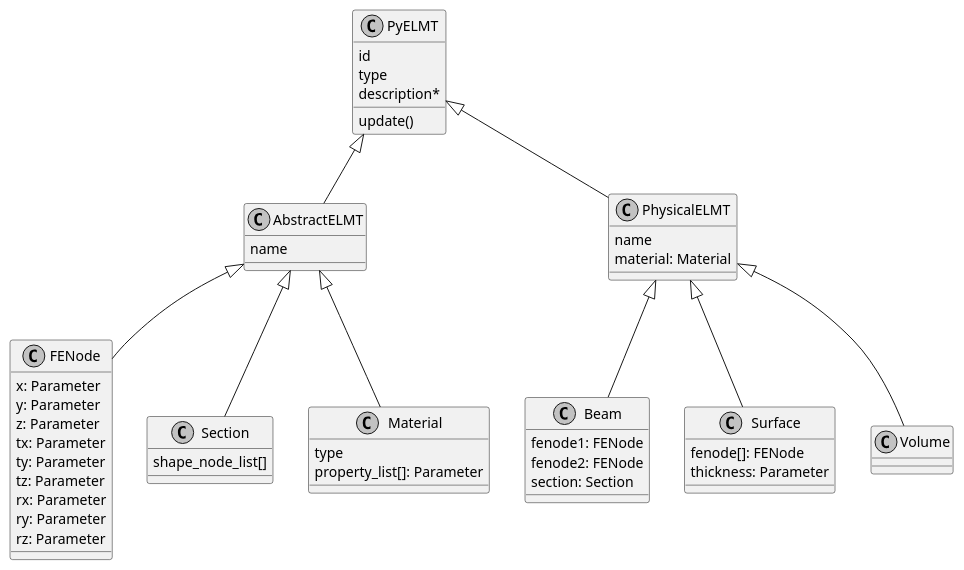
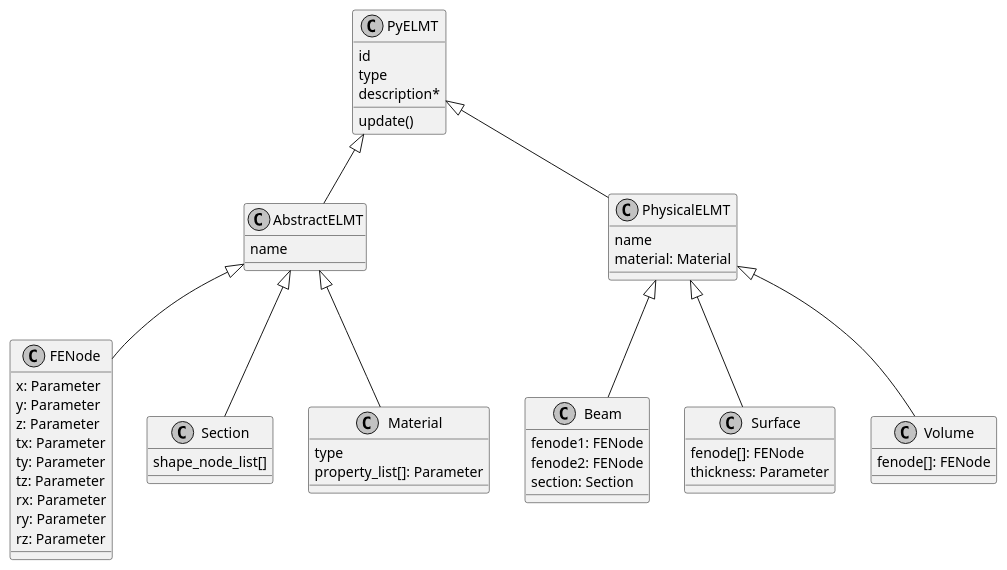
One commit to YidongQIN/PyBMS_BrIM changed the diagram in Notes & Diagrams/ClassDiagram PyELMT.puml. Above: the diagram before and after it, drawn with PlantUML.

Commit message:
diagrams

```diff
--- a/Notes & Diagrams/ClassDiagram PyELMT.puml
+++ b/Notes & Diagrams/ClassDiagram PyELMT.puml
@@ -1,65 +1,67 @@
 @startuml
 
 ' left to right direction
 
 skinparam shadowing false
 skinparam monochrome true
 
 class PyELMT{
     id
     type
     description*
     update()
 }
 
 class AbstractELMT{
     name
 }
+PyELMT <|-- AbstractELMT
 
 class PhysicalELMT{
     name
     material: Material
 }
-
-
-PyELMT <|-- AbstractELMT
 PyELMT <|-- PhysicalELMT
 
 class FENode{
     x: Parameter
     y: Parameter
     z: Parameter
     tx: Parameter
     ty: Parameter
     tz: Parameter
     rx: Parameter
     ry: Parameter
     rz: Parameter
 }
 class Section{
     shape_node_list[]
 }
 class Material{
     type
     property_list[]: Parameter
 }
 
+
 AbstractELMT <|-- Section
 AbstractELMT <|-- Material
 AbstractELMT <|-- FENode
+
 
 class Beam{
     fenode1: FENode
     fenode2: FENode
     section: Section
 }
 class Surface{
     fenode[]: FENode
     thickness: Parameter
 }
-
+class Volume{
+    fenode[]: FENode
+}
 PhysicalELMT <|-- Beam
 PhysicalELMT <|-- Surface
 PhysicalELMT <|-- Volume
 
 @enduml
```
